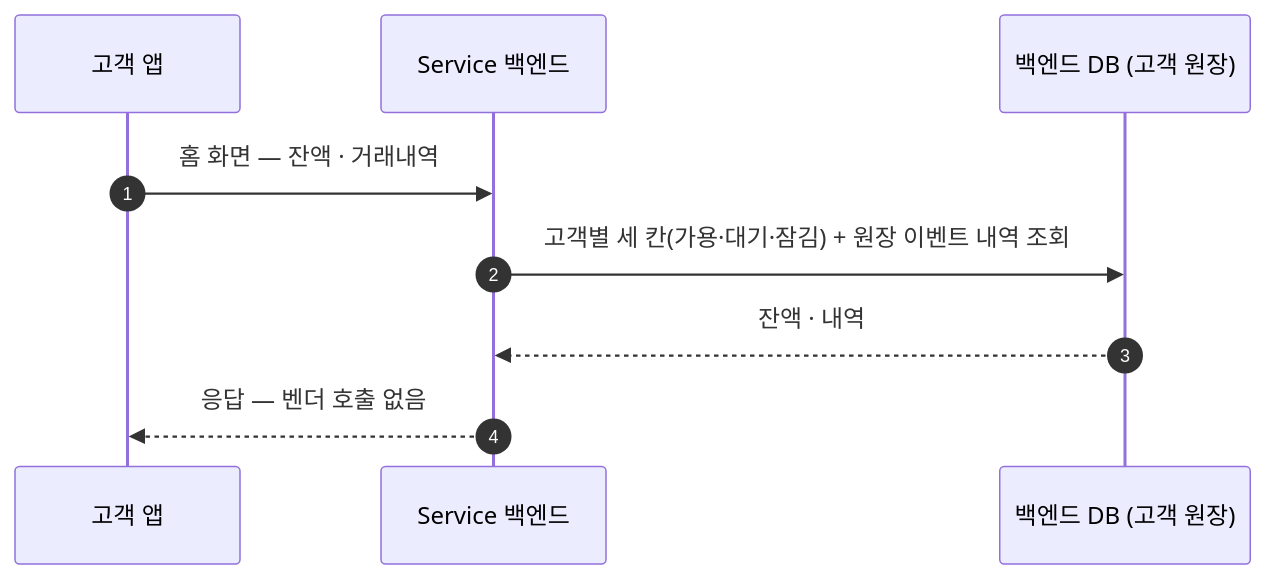
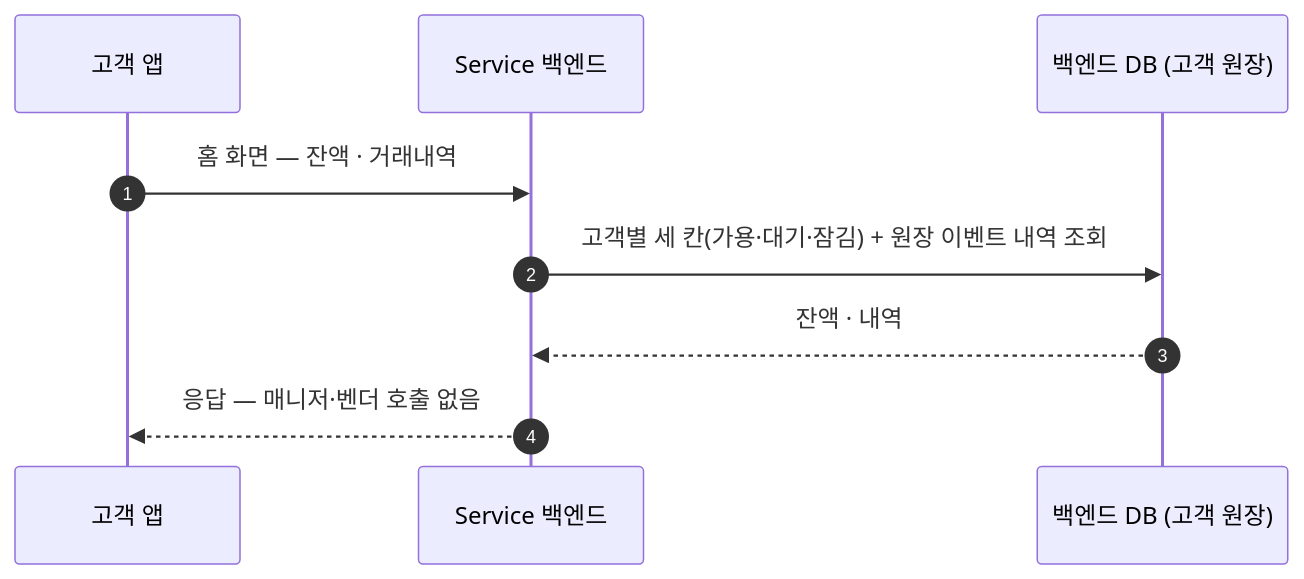
One commit to eunsujeo/eunpus changed the second of 4 diagrams in blockchain-manager/docs/설계/08-balance-history.md. Above: the diagram before and after it, drawn with Mermaid. The commit also changed other lines of this file and 10 other files, not shown here.

````diff
--- a/blockchain-manager/docs/설계/08-balance-history.md
+++ b/blockchain-manager/docs/설계/08-balance-history.md
@@ -59,12 +60,12 @@
 ```mermaid
 sequenceDiagram
     autonumber
     participant APP as 고객 앱
     participant BE as Service 백엔드
     participant DB as 백엔드 DB (고객 원장)
 
     APP->>BE: 홈 화면 — 잔액 · 거래내역
     BE->>DB: 고객별 세 칸(가용·대기·잠김) + 원장 이벤트 내역 조회
     DB-->>BE: 잔액 · 내역
-    BE-->>APP: 응답 — 벤더 호출 없음
+    BE-->>APP: 응답 — 매니저·벤더 호출 없음
 ```
````
